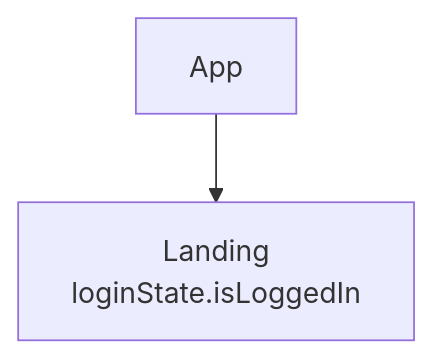
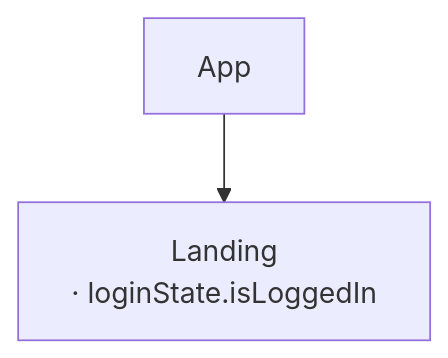
Before and after one commit to sisoje/hypermodular: the first of 6 diagrams in hypermodular/SKILL.md, drawn with Mermaid. The commit also changed other lines of this file and 2 other files, not shown here.

````diff
--- a/hypermodular/SKILL.md
+++ b/hypermodular/SKILL.md
@@ -113,5 +116,5 @@
 ```mermaid
 %% Root: App
 flowchart TD
-    App --> Landing["Landing<br/>loginState.isLoggedIn"]
+    App --> Landing["Landing<br/>· loginState.isLoggedIn"]
 ```
````
